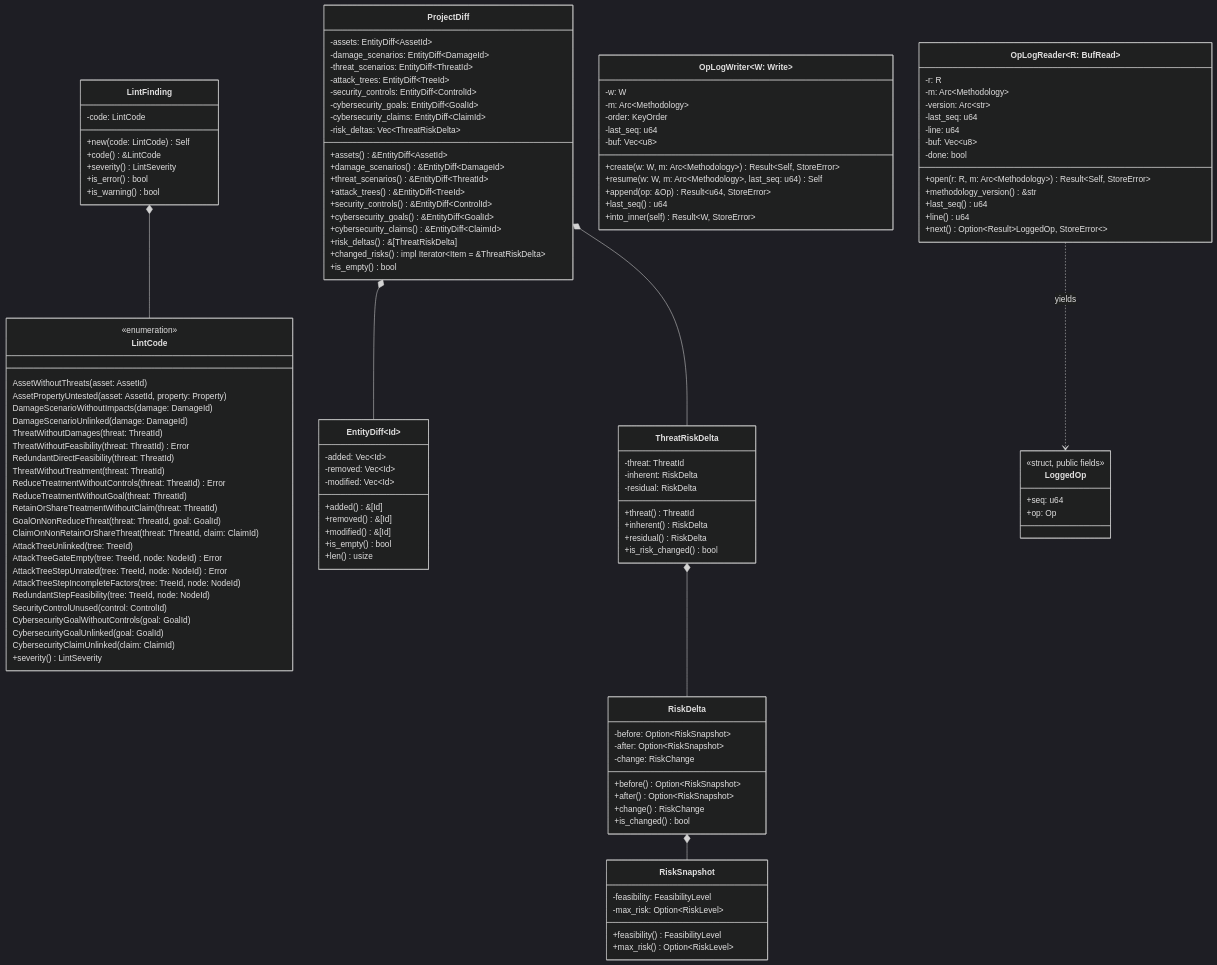
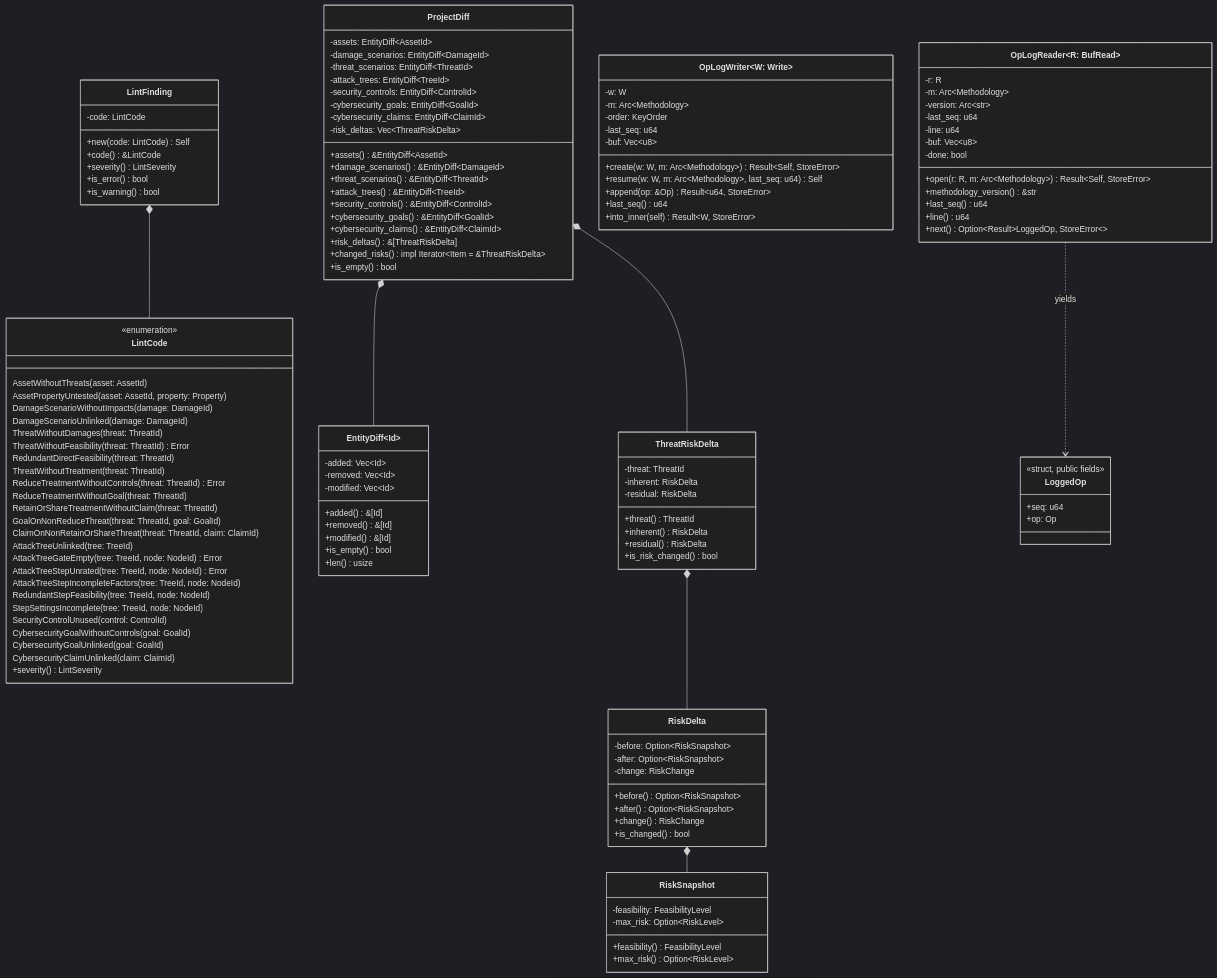
One commit to eNipu/AegisTARA changed the sixth of 28 diagrams in docs/architecture.md. Above: the diagram before and after it, drawn with Mermaid (dark theme). The commit also changed other lines of this file and 2 other files, not shown here.

Commit message:
Docs: 123b results, diff already compared settings, measured control size

```diff
--- a/docs/architecture.md
+++ b/docs/architecture.md
@@ -790,6 +790,7 @@
         AttackTreeStepUnrated(tree: TreeId, node: NodeId) Error
         AttackTreeStepIncompleteFactors(tree: TreeId, node: NodeId)
         RedundantStepFeasibility(tree: TreeId, node: NodeId)
+        StepSettingsIncomplete(tree: TreeId, node: NodeId)
         SecurityControlUnused(control: ControlId)
         CybersecurityGoalWithoutControls(goal: GoalId)
         CybersecurityGoalUnlinked(goal: GoalId)
```
